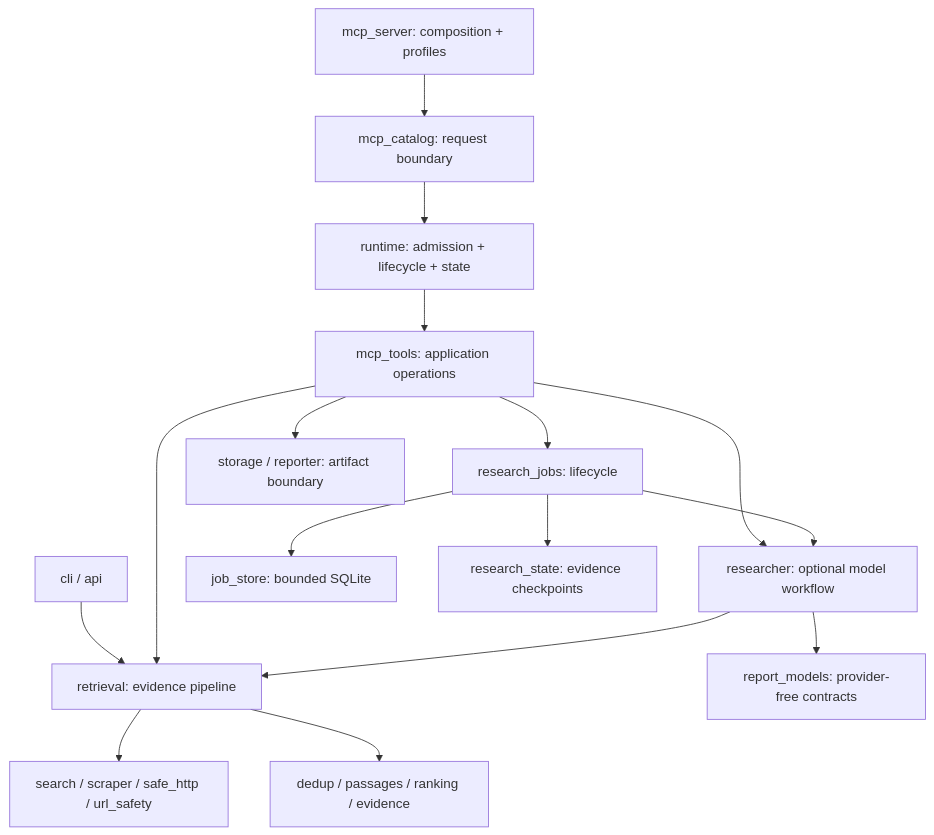
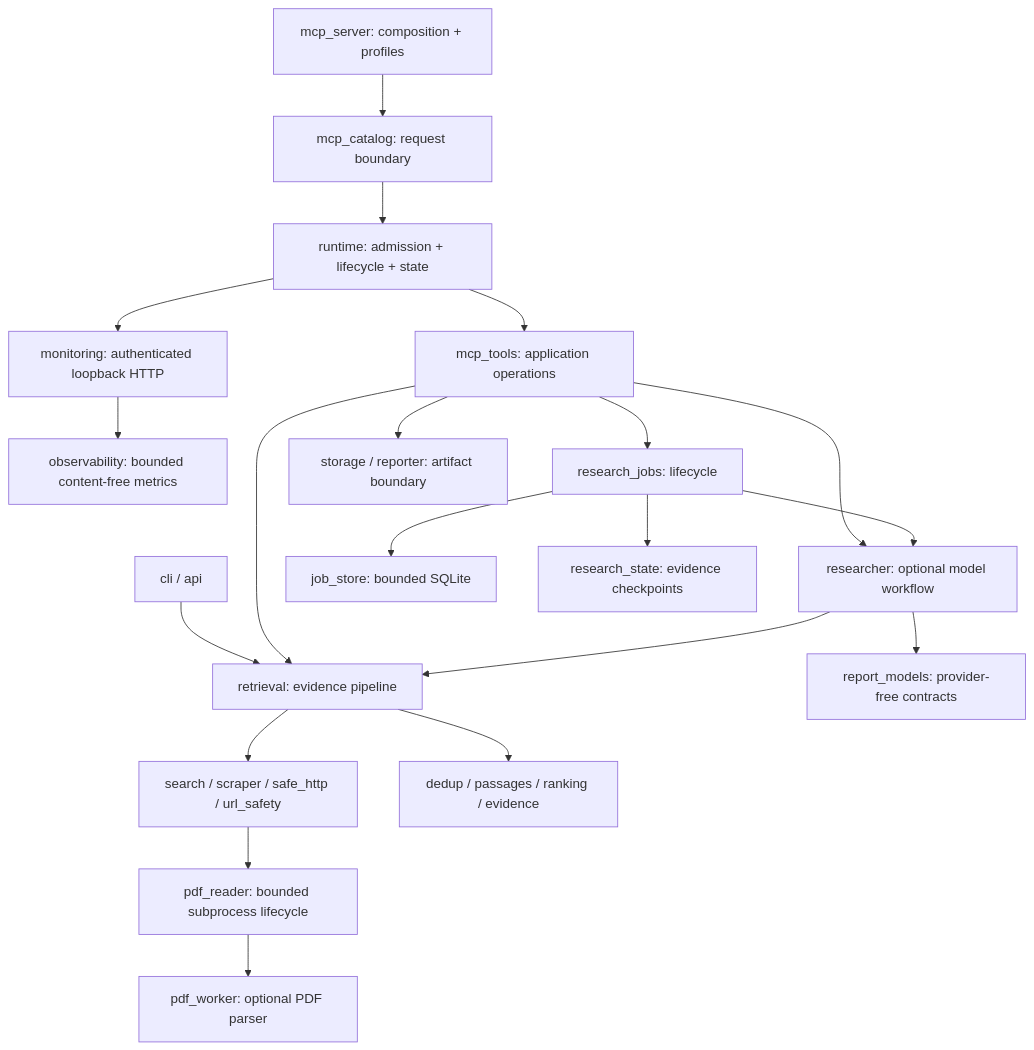
Before and after one commit to chriswu727/sibyl: the diagram in docs/MCP_ARCHITECTURE.md, drawn with Mermaid. The commit also changed other lines of this file and 34 other files, not shown here.

Commit message:
feat: harden research operations with bounded PDF input and local monitoring (#22)

````diff
--- a/docs/MCP_ARCHITECTURE.md
+++ b/docs/MCP_ARCHITECTURE.md
@@ -10,18 +10,22 @@
 ```mermaid
 flowchart TD
     MCP[mcp_server: composition + profiles] --> CAT[mcp_catalog: request boundary]
     CAT --> RT[runtime: admission + lifecycle + state]
     RT --> TOOLS[mcp_tools: application operations]
+    RT --> MON[monitoring: authenticated loopback HTTP]
+    MON --> MET[observability: bounded content-free metrics]
     CLI[cli / api] --> RET[retrieval: evidence pipeline]
     TOOLS --> RET
     RET --> NET[search / scraper / safe_http / url_safety]
+    NET --> PDF[pdf_reader: bounded subprocess lifecycle]
+    PDF --> PARSER[pdf_worker: optional PDF parser]
     RET --> PURE[dedup / passages / ranking / evidence]
     TOOLS --> OPT[researcher: optional model workflow]
     TOOLS --> JOB[research_jobs: lifecycle]
     JOB --> DB[job_store: bounded SQLite]
     JOB --> STATE[research_state: evidence checkpoints]
     JOB --> OPT
     OPT --> RET
     OPT --> MODELS[report_models: provider-free contracts]
     TOOLS --> STORE[storage / reporter: artifact boundary]
 ```
````
